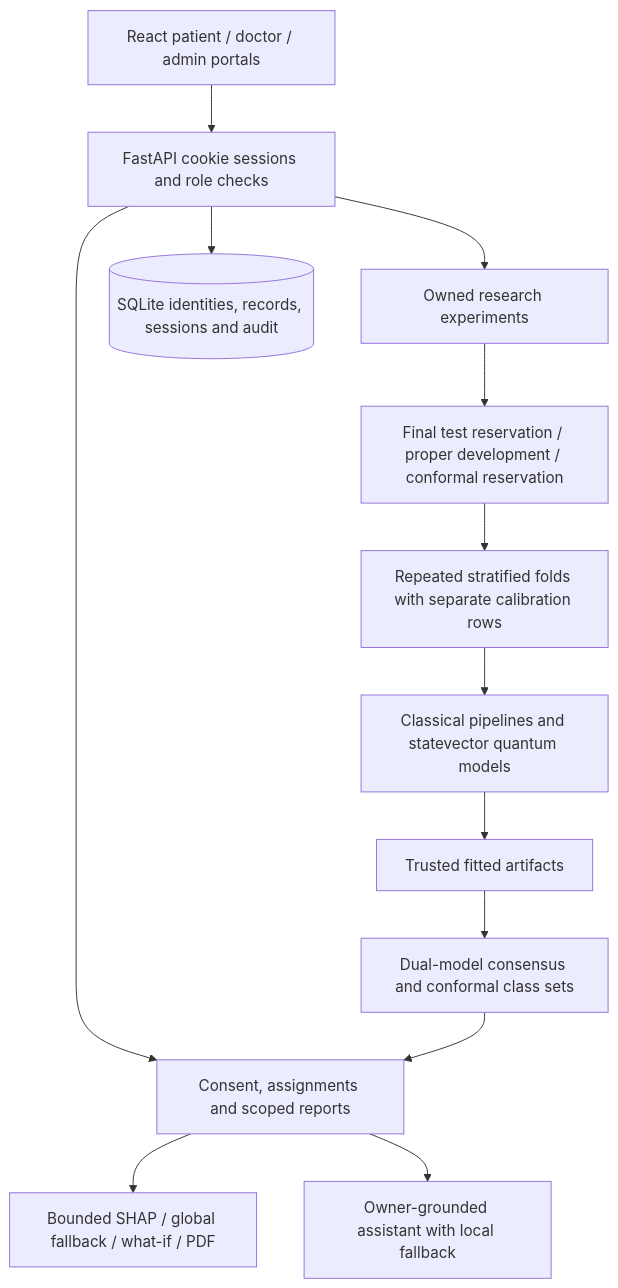
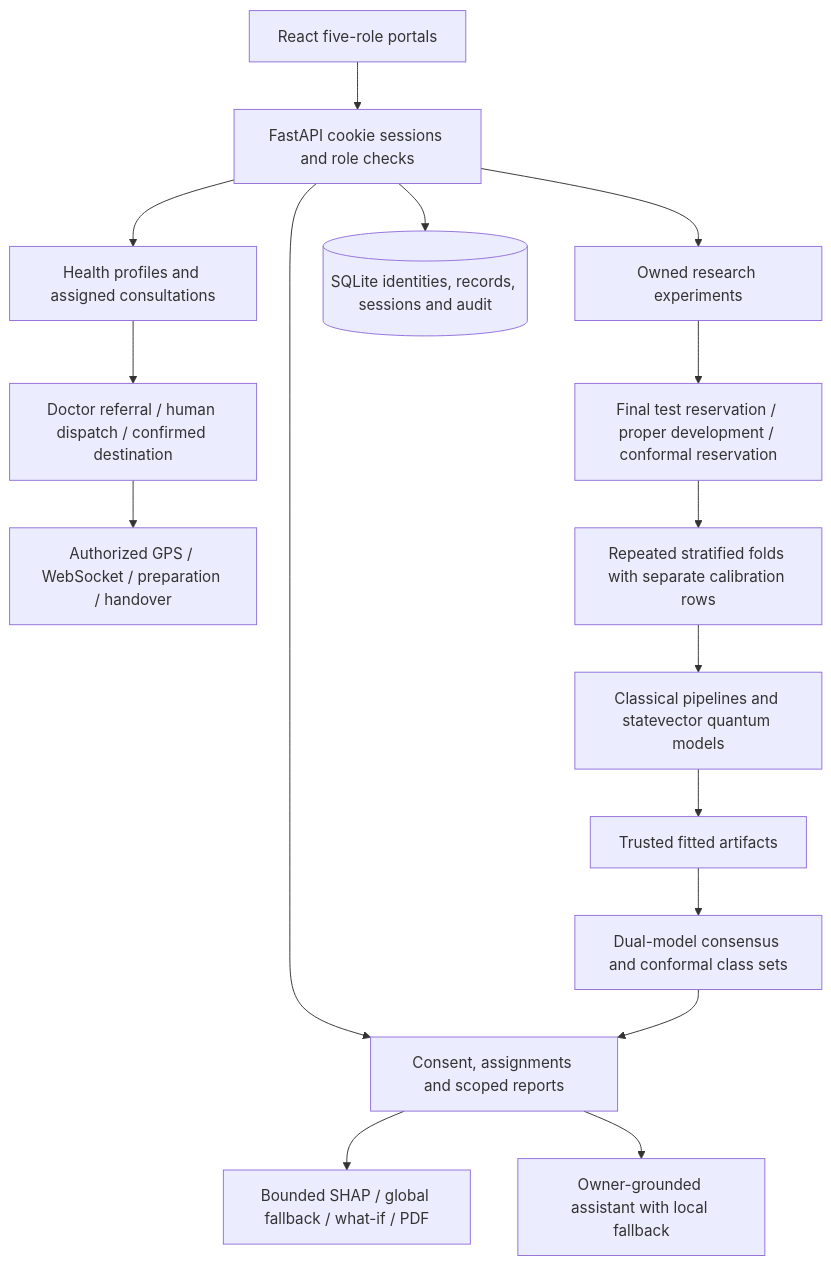
The diagram in README.md (strkarthigeyan9600/qura), drawn with Mermaid before and after one commit. The commit also changed other lines of this file and 27 other files, not shown here.

Commit message:
feat: connect five-role care and emergency workflows

````diff
--- a/README.md
+++ b/README.md
@@ -48,15 +58,18 @@
 ```mermaid
 flowchart TD
-    UI[React patient / doctor / admin portals] --> AUTH[FastAPI cookie sessions and role checks]
+    UI[React five-role portals] --> AUTH[FastAPI cookie sessions and role checks]
     AUTH --> CLINICAL[Consent, assignments and scoped reports]
+    AUTH --> CARE[Health profiles and assigned consultations]
+    CARE --> ER[Doctor referral / human dispatch / confirmed destination]
+    ER --> LIVE[Authorized GPS / WebSocket / preparation / handover]
     AUTH --> TRAIN[Owned research experiments]
     TRAIN --> SPLIT[Final test reservation / proper development / conformal reservation]
     SPLIT --> CV[Repeated stratified folds with separate calibration rows]
     CV --> ML[Classical pipelines and statevector quantum models]
     ML --> ART[Trusted fitted artifacts]
     ART --> CONS[Dual-model consensus and conformal class sets]
     CONS --> CLINICAL
     CLINICAL --> EXPLAIN[Bounded SHAP / global fallback / what-if / PDF]
     CLINICAL --> CHAT[Owner-grounded assistant with local fallback]
     AUTH --> DB[(SQLite identities, records, sessions and audit)]
 ```
````
